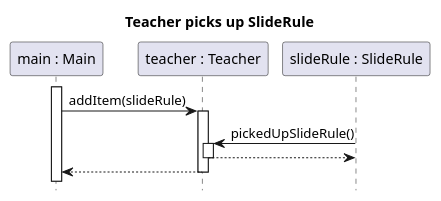
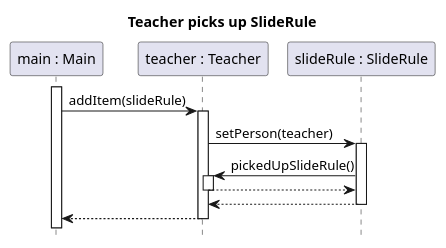
Before and after one commit to sn4k3ch4rm3r/logarlec: the diagram in docs/diagrams/test-sequence/teacher_pickup_sliderule.puml, drawn with PlantUML. The commit also changed 6 other files, not shown here.

Commit message:
Add new sequence diagrams

```diff
--- a/docs/diagrams/test-sequence/teacher_pickup_sliderule.puml
+++ b/docs/diagrams/test-sequence/teacher_pickup_sliderule.puml
@@ -1,17 +1,19 @@
 @startuml item-code-of-studies-use
 
 title Teacher picks up SlideRule
 hide footbox
 
 participant "main : Main" as main
 participant "teacher : Teacher" as teacher
 participant "slideRule : SlideRule" as slide
 activate main
 
 main-> teacher ++: addItem(slideRule)
-	slide -> teacher ++: pickedUpSlideRule()
+    teacher -> slide ++: setPerson(teacher) 
+	    slide -> teacher ++: pickedUpSlideRule()
+        return
     return
 return
 
 
 @enduml
```
